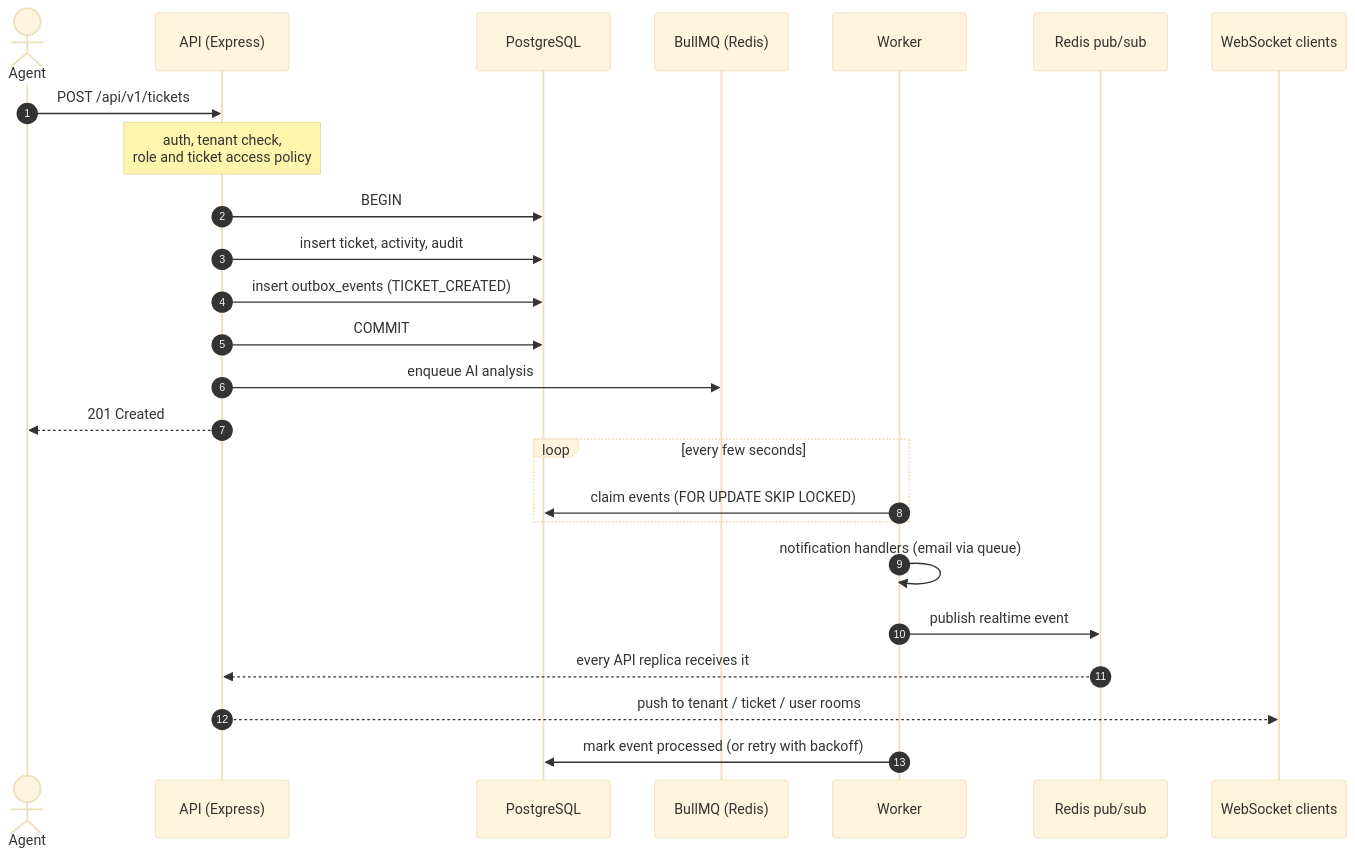
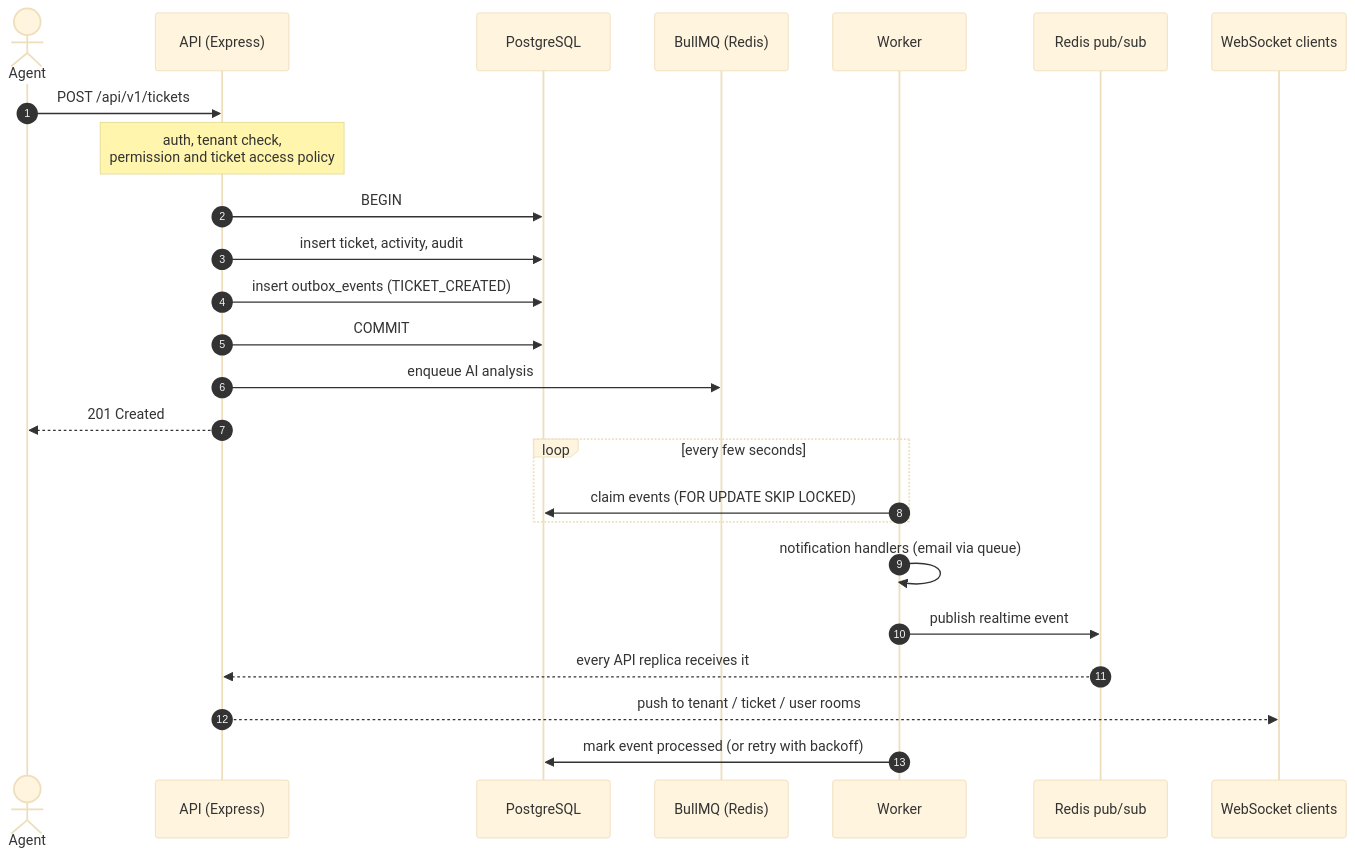
The third of 9 diagrams in README.md (Noman-Ahmed-Khan/omni-support), drawn with Mermaid (base theme) before and after one commit. The commit also changed other lines of this file, not shown here.

Commit message:
docs: enhance README with backend services details and access onboarding information

````diff
--- a/README.md
+++ b/README.md
@@ -267,29 +282,29 @@
 ```mermaid
 sequenceDiagram
     autonumber
     actor Agent
     participant API as API (Express)
     participant PG as PostgreSQL
     participant Q as BullMQ (Redis)
     participant W as Worker
     participant R as Redis pub/sub
     participant WS as WebSocket clients
 
     Agent->>API: POST /api/v1/tickets
-    Note over API: auth, tenant check,<br/>role and ticket access policy
+    Note over API: auth, tenant check,<br/>permission and ticket access policy
     API->>PG: BEGIN
     API->>PG: insert ticket, activity, audit
     API->>PG: insert outbox_events (TICKET_CREATED)
     API->>PG: COMMIT
     API->>Q: enqueue AI analysis
     API-->>Agent: 201 Created
 
     loop every few seconds
         W->>PG: claim events (FOR UPDATE SKIP LOCKED)
     end
     W->>W: notification handlers (email via queue)
     W->>R: publish realtime event
     R-->>API: every API replica receives it
     API-->>WS: push to tenant / ticket / user rooms
     W->>PG: mark event processed (or retry with backoff)
 ```
````
